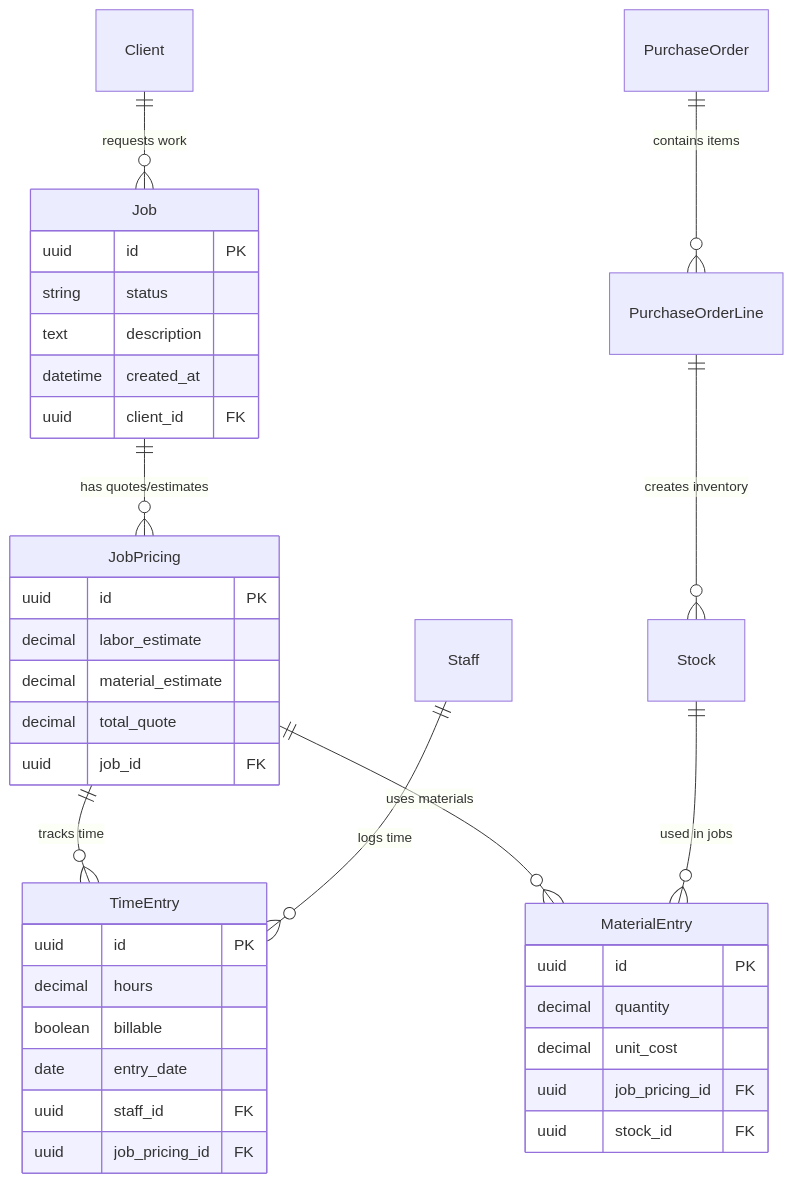
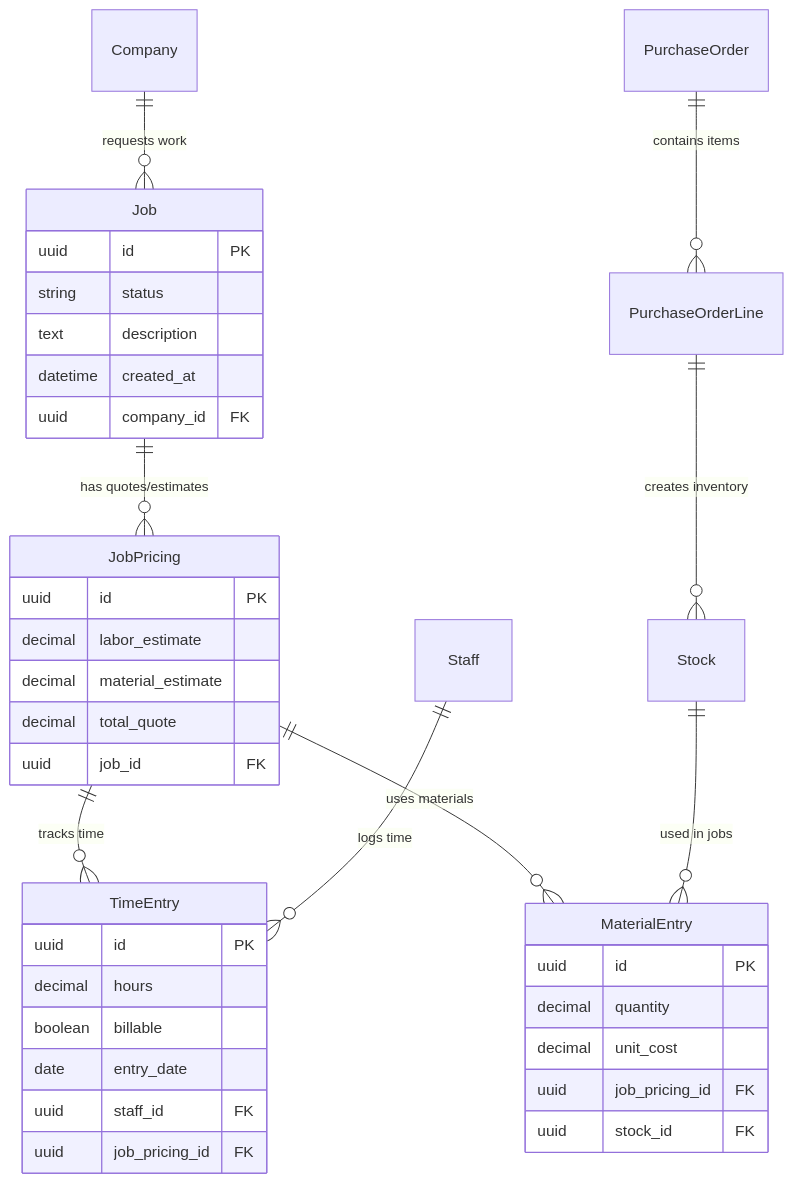
The second of 3 diagrams in docs/architecture.md (corrin/docketworks), drawn with Mermaid before and after one commit. The commit also changed other lines of this file and 260 other files, not shown here.

````diff
--- a/docs/architecture.md
+++ b/docs/architecture.md
@@ -132,44 +132,44 @@
 ```mermaid
 erDiagram
     Job ||--o{ JobPricing : "has quotes/estimates"
     JobPricing ||--o{ TimeEntry : "tracks time"
     JobPricing ||--o{ MaterialEntry : "uses materials"
     Staff ||--o{ TimeEntry : "logs time"
-    Client ||--o{ Job : "requests work"
+    Company ||--o{ Job : "requests work"
     PurchaseOrder ||--o{ PurchaseOrderLine : "contains items"
     PurchaseOrderLine ||--o{ Stock : "creates inventory"
     Stock ||--o{ MaterialEntry : "used in jobs"
 
     Job {
         uuid id PK
         string status
         text description
         datetime created_at
-        uuid client_id FK
+        uuid company_id FK
     }
 
     JobPricing {
         uuid id PK
         decimal labor_estimate
         decimal material_estimate
         decimal total_quote
         uuid job_id FK
     }
 
     TimeEntry {
         uuid id PK
         decimal hours
         boolean billable
         date entry_date
         uuid staff_id FK
         uuid job_pricing_id FK
     }
 
     MaterialEntry {
         uuid id PK
         decimal quantity
         decimal unit_cost
         uuid job_pricing_id FK
         uuid stock_id FK
     }
 ```
````
